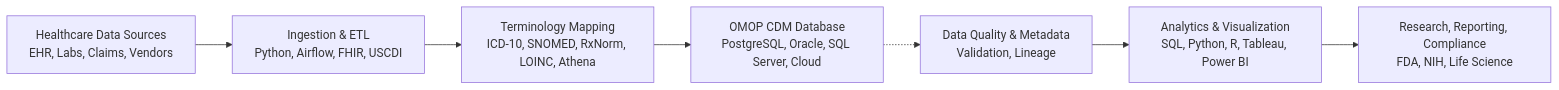
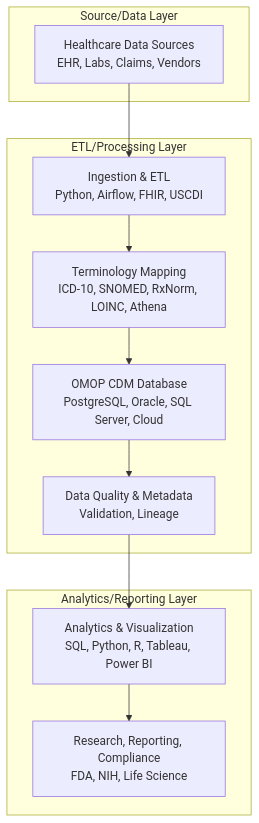
Before and after one commit to justin-mbca/omop-clinical-data-pipeline: the diagram in docs/PROJECT_OVERVIEW.md, drawn with Mermaid. The commit also changed other lines of this file, not shown here.

Commit message:
Remove unrelated architecture diagram from documentation

````diff
--- a/docs/PROJECT_OVERVIEW.md
+++ b/docs/PROJECT_OVERVIEW.md
@@ -58,9 +17,24 @@
 ```mermaid
-flowchart LR
-   %% Left column
-   A[Healthcare Data Sources\nEHR, Labs, Claims, Vendors] --> B[Ingestion & ETL\nPython, Airflow, FHIR, USCDI] --> C[Terminology Mapping\nICD-10, SNOMED, RxNorm, LOINC, Athena] --> D[OMOP CDM Database\nPostgreSQL, Oracle, SQL Server, Cloud]
-   %% Right column
-   E[Data Quality & Metadata\nValidation, Lineage] --> F[Analytics & Visualization\nSQL, Python, R, Tableau, Power BI] --> G[Research, Reporting, Compliance\nFDA, NIH, Life Science]
-   %% Connect the two columns
-   D -.-> E
+flowchart TD
+   %% Source/Data Layer
+   subgraph Source_Layer[Source/Data Layer]
+      S1[Healthcare Data Sources\nEHR, Labs, Claims, Vendors]
+   end
+
+   %% ETL/Processing Layer
+   subgraph ETL_Layer[ETL/Processing Layer]
+      E1[Ingestion & ETL\nPython, Airflow, FHIR, USCDI]
+      E2[Terminology Mapping\nICD-10, SNOMED, RxNorm, LOINC, Athena]
+      E3[OMOP CDM Database\nPostgreSQL, Oracle, SQL Server, Cloud]
+      E4[Data Quality & Metadata\nValidation, Lineage]
+   end
+
+   %% Analytics/Reporting Layer
+   subgraph Analytics_Layer[Analytics/Reporting Layer]
+      A1[Analytics & Visualization\nSQL, Python, R, Tableau, Power BI]
+      A2[Research, Reporting, Compliance\nFDA, NIH, Life Science]
+   end
+
+   %% Workflow connections
+   S1 --> E1 --> E2 --> E3 --> E4 --> A1 --> A2
 ```
````
